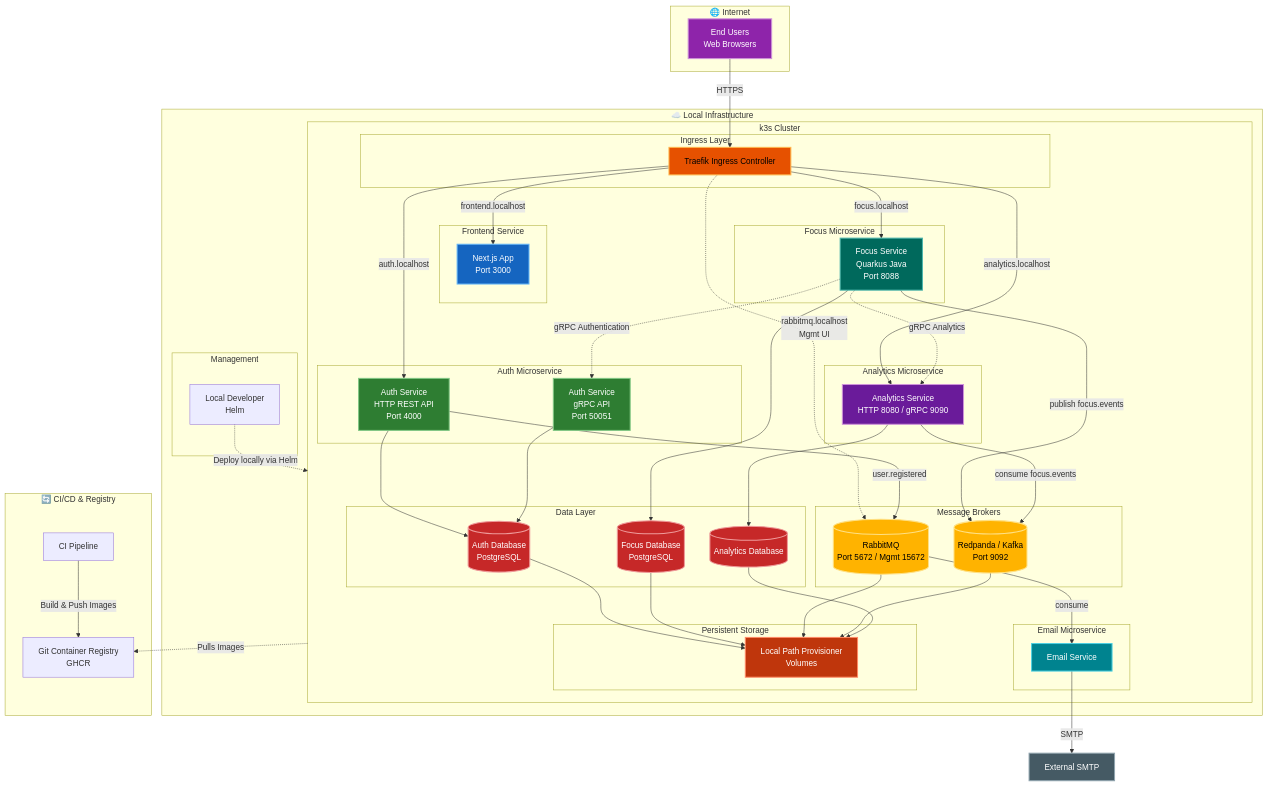
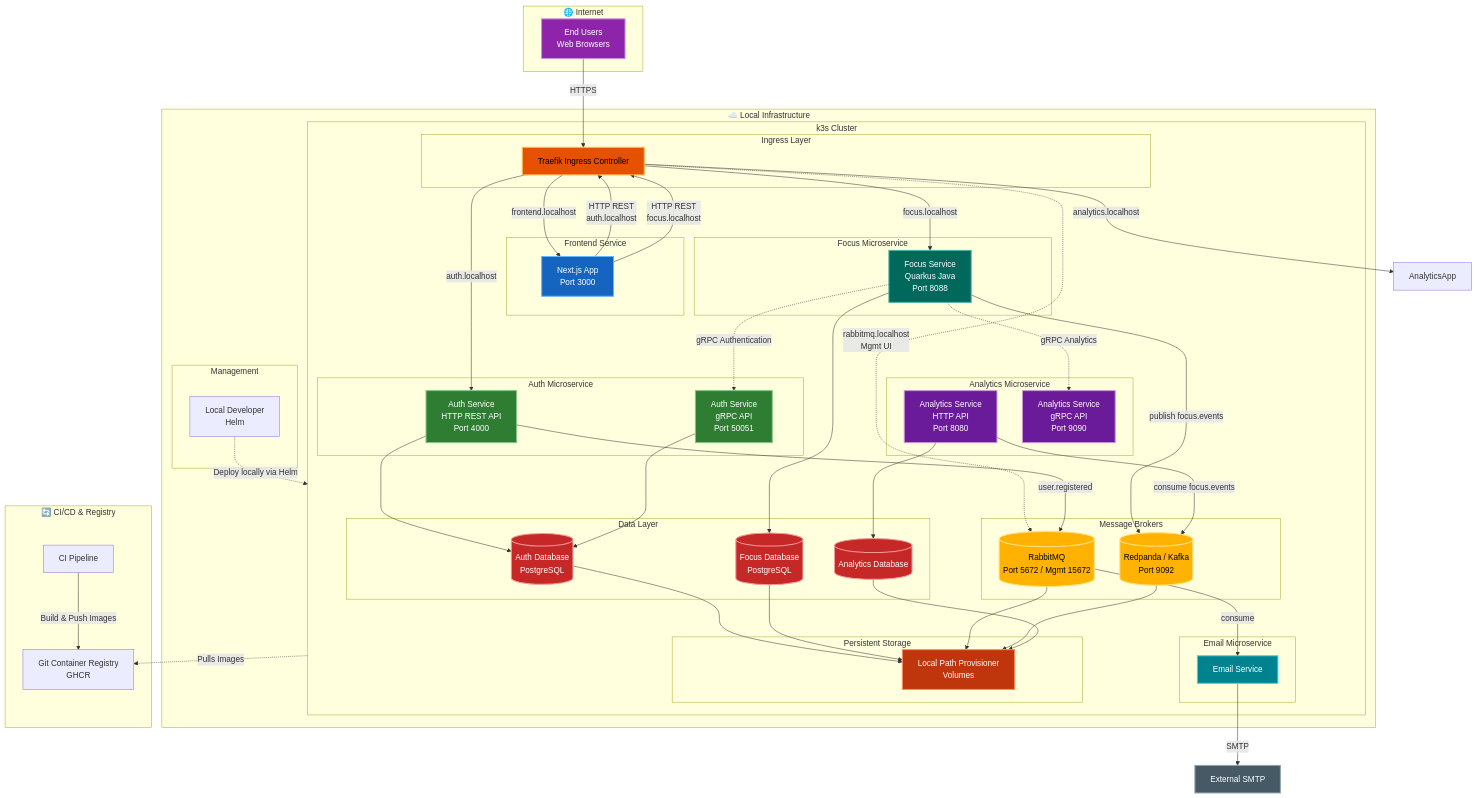
Before and after one commit to CloudNativeDevelopmentTeamH/infra: the first of 2 diagrams in architecture.md, drawn with Mermaid. The commit also changed other lines of this file, not shown here.

Commit message:
refactor architecture documentation to enhance clarity and detail for Kubernetes and local development setups

```diff
--- a/architecture.md
+++ b/architecture.md
@@ -30,7 +30,8 @@
             end
 
             subgraph AnalyticsService["Analytics Microservice"]
-                AnalyticsApp[Analytics Service<br/>HTTP 8080 / gRPC 9090]
+                AnalyticsHTTP[Analytics Service<br/>HTTP API<br/>Port 8080]
+                AnalyticsGRPC[Analytics Service<br/>gRPC API<br/>Port 9090]
             end
 
             subgraph EmailService["Email Microservice"]
@@ -71,9 +72,13 @@
     Traefik -->|analytics.localhost| AnalyticsApp
     Traefik -.->|rabbitmq.localhost<br/>Mgmt UI| RabbitMQ
 
+    %% Frontend-to-Backend API calls (via Traefik)
+    NextJS -->|HTTP REST<br/>auth.localhost| Traefik
+    NextJS -->|HTTP REST<br/>focus.localhost| Traefik
+
     %% Service-to-service communication (gRPC)
     FocusApp -.->|gRPC Authentication| AuthGRPC
-    FocusApp -.->|gRPC Analytics| AnalyticsApp
+    FocusApp -.->|gRPC Analytics| AnalyticsGRPC
 
     %% Async Communication (RabbitMQ)
     AuthHTTP -->|user.registered| RabbitMQ
@@ -82,13 +87,13 @@
 
     %% Async Communication (Kafka / Redpanda)
     FocusApp -->|publish focus.events| Redpanda
-    AnalyticsApp -->|consume focus.events| Redpanda
+    AnalyticsHTTP -->|consume focus.events| Redpanda
 
     %% Data layer
     AuthHTTP --> AuthDB
     AuthGRPC --> AuthDB
     FocusApp --> FocusDB
-    AnalyticsApp --> AnalyticsDB
+    AnalyticsHTTP --> AnalyticsDB
 
     AuthDB --> LocalPath
     FocusDB --> LocalPath
@@ -108,7 +113,8 @@
     style AuthGRPC fill:#2e7d32,stroke:#81c784,stroke-width:2px,color:#fff
     style FocusApp fill:#00695c,stroke:#4db6ac,stroke-width:2px,color:#fff
     style EmailApp fill:#00838f,stroke:#4dd0e1,stroke-width:2px,color:#fff
-    style AnalyticsApp fill:#6a1b9a,stroke:#ce93d8,stroke-width:2px,color:#fff
+    style AnalyticsHTTP fill:#6a1b9a,stroke:#ce93d8,stroke-width:2px,color:#fff
+    style AnalyticsGRPC fill:#6a1b9a,stroke:#ce93d8,stroke-width:2px,color:#fff
     style AuthDB fill:#c62828,stroke:#ef9a9a,stroke-width:2px,color:#fff
     style FocusDB fill:#c62828,stroke:#ef9a9a,stroke-width:2px,color:#fff
     style AnalyticsDB fill:#c62828,stroke:#ef9a9a,stroke-width:2px,color:#fff
```
